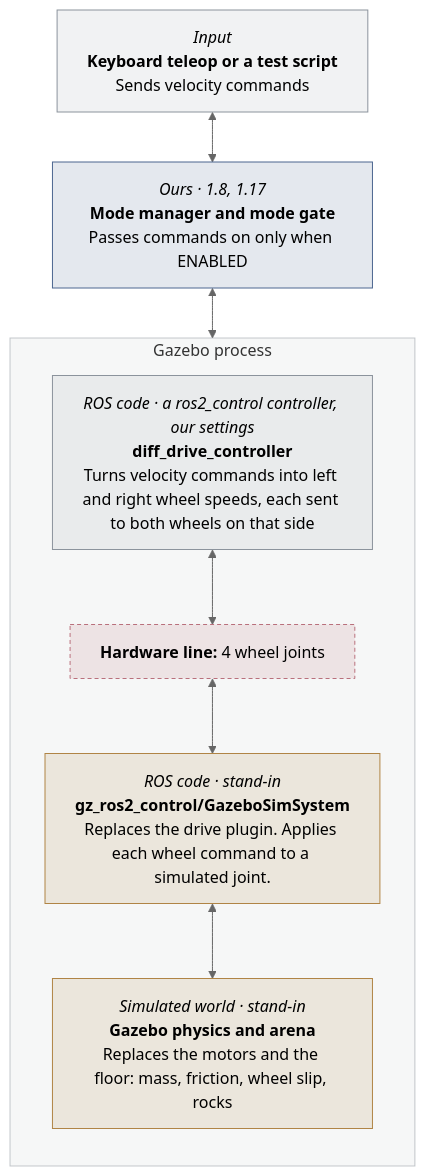
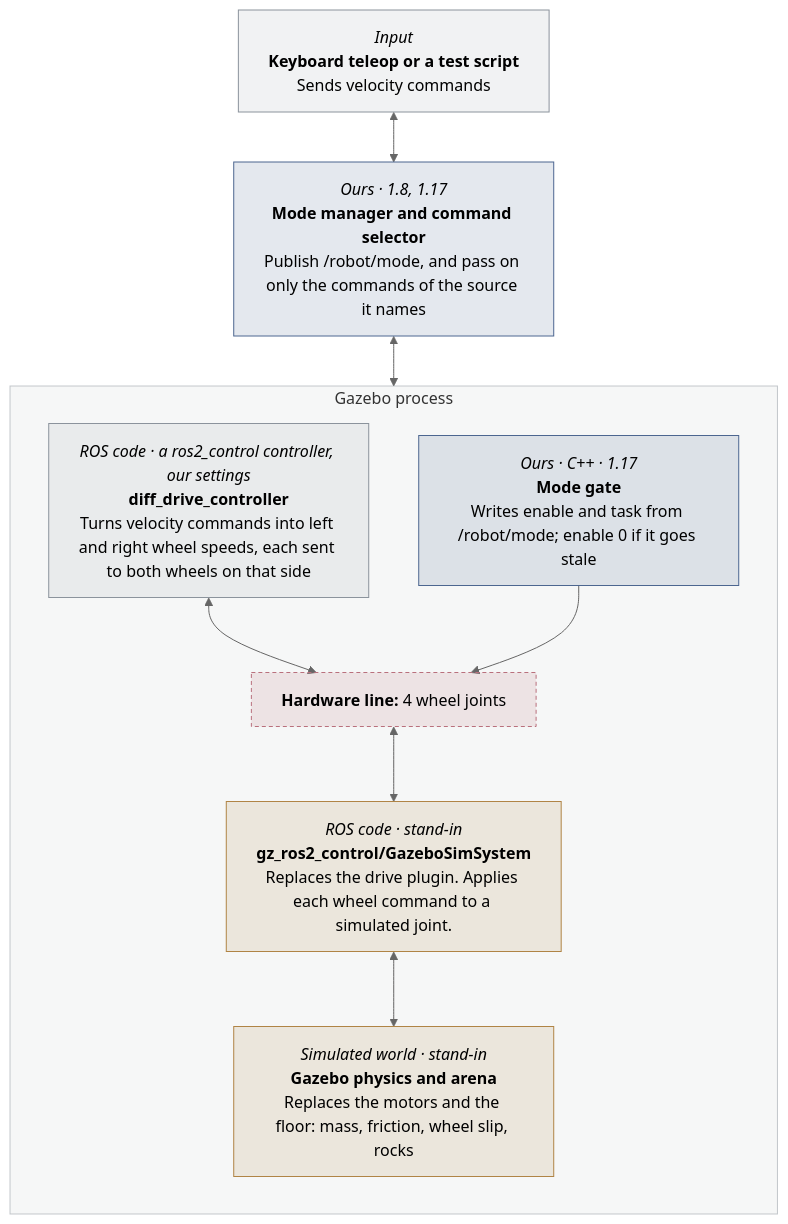
The third of 30 diagrams in docs/design/hardware-test-modes.md (STAR-Robotics-Team/starrt-luna-software), drawn with Mermaid (neutral theme) before and after one commit. The commit also changed other lines of this file and 10 other files, not shown here.

````diff
--- a/docs/design/hardware-test-modes.md
+++ b/docs/design/hardware-test-modes.md
@@ -171,43 +179,47 @@
 ```mermaid
 ---
 config:
   flowchart:
     wrappingWidth: 260
 ---
 flowchart TB
   b1["`*Input*
 **Keyboard teleop or a test script**
 Sends velocity commands`"]
   b2["`*Ours · 1.8, 1.17*
-**Mode manager and mode gate**
-Passes commands on only when ENABLED`"]
+**Mode manager and command selector**
+Publish /robot/mode, and pass on only the commands of the source it names`"]
   subgraph grp4["Gazebo process"]
     direction TB
+    bgate["`*Ours · C++ · 1.17*
+**Mode gate**
+Writes enable and task from /robot/mode; enable 0 if it goes stale`"]
     b3["`*ROS code · a ros2_control controller, our settings*
 **diff_drive_controller**
 Turns velocity commands into left and right wheel speeds, each sent to both wheels on that side`"]
     line5["`**Hardware line:** 4 wheel joints`"]
     b6["`*ROS code · stand-in*
 **gz_ros2_control/GazeboSimSystem**
 Replaces the drive plugin. Applies each wheel command to a simulated joint.`"]
     b7["`*Simulated world · stand-in*
 **Gazebo physics and arena**
 Replaces the motors and the floor: mass, friction, wheel slip, rocks`"]
     b3 <--> line5
+    bgate --> line5
     line5 <--> b6
     b6 <--> b7
   end
   b1 <--> b2
   b2 <--> grp4
   classDef ours fill:#4c669026,stroke:#4c6690
   classDef ros fill:#8b939c1f,stroke:#8b939c
   classDef stand fill:#b0844526,stroke:#b08445
   classDef hw fill:#4a725926,stroke:#4a7259
   classDef hwline fill:#b9707c26,stroke:#b9707c,stroke-dasharray:4 3
   classDef ghost fill:none,stroke:#8b939c,stroke-dasharray:4 4,color:#8b939c
   class b1,b3 ros
-  class b2 ours
+  class b2,bgate ours
   class line5 hwline
   class b6,b7 stand
   style grp4 fill:#8b939c14,stroke:#8b939c80
 ```
````
